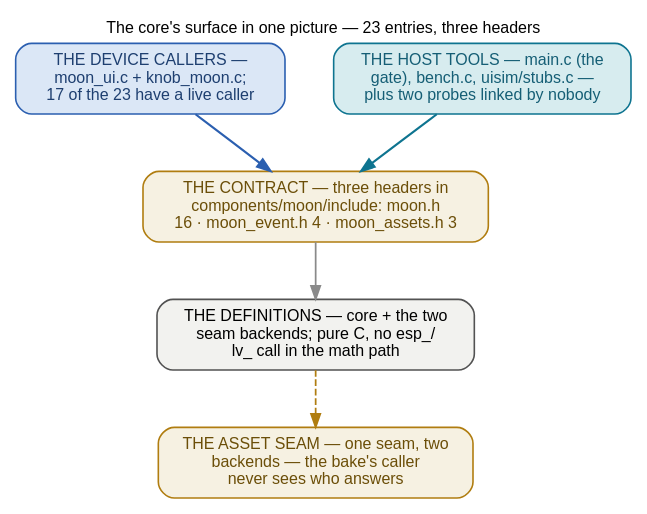
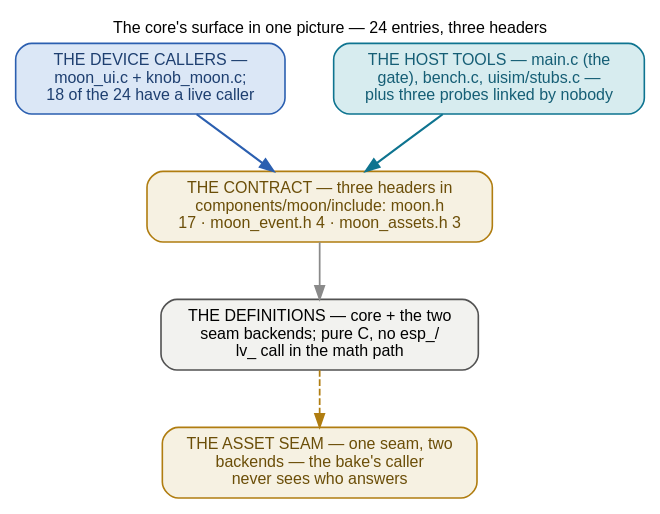
The diagram in docs/_graphs/api-surface.dot (ukos-git/moon-clock-esp), drawn with Graphviz before and after one commit. The commit also changed 50 other files, not shown here.

```diff
--- a/docs/_graphs/api-surface.dot
+++ b/docs/_graphs/api-surface.dot
@@ -1,44 +1,44 @@
 // The core's public surface in one picture — the black-box pass: the
 // three headers, the definitions behind them, and the two caller
 // families, sealed; every quote and line number lives in the detail
 // sketches and the page caption. Every edge was verified in code
 // before drawing (comment-stripped greps — the tfcache "gray565" hit
 // is a COMMENT at components/ui/moon_tfcache.c:18, not a call):
 //   api-surface-headers.dot  the contract census — headers to entries,
 //     with the dashed islands nobody outside the core ever calls
 //   api-surface-device.dot   moon_ui.c and knob_moon.c, blue call edges
 //   api-surface-host.dot     the host tools, teal call edges
 // The bake's per-pixel model is moon-core-flow.dot; the dark-side
 // branch is dark-side.dot; the gray->RGB565 dictionary and the
 // rotation's last-mile internals are rotate-lut.dot; the compile
 // multiplicity of every TU drawn here is the sharing ladder
 // (verification/performance.rst).
 // FONTS: 12 pt = the page's 16 px body text at 1:1 — kept inside the
 // content column.
 // Rendered inline as SVG by sphinx.ext.graphviz (dot on PATH).
 digraph api_surface {
     rankdir=TB;
-    label="The core's surface in one picture — 23 entries, three headers";
+    label="The core's surface in one picture — 24 entries, three headers";
     labelloc="t"; labeljust="c";
     fontname="Helvetica"; fontsize=12;
     graph [nodesep=0.5, ranksep=0.6];
     node [fontname="Helvetica", fontsize=12, shape=box, style="rounded,filled",
           width=0, height=0, margin="0.16,0.10", fillcolor="#f2f2ef",
           color="#525252", penwidth=1.2];
     edge [fontname="Helvetica", fontsize=12, color="#8a8a8a", penwidth=1.3];
 
-    device [label="THE DEVICE CALLERS —\nmoon_ui.c + knob_moon.c;\n17 of the 23 have a live caller",
+    device [label="THE DEVICE CALLERS —\nmoon_ui.c + knob_moon.c;\n18 of the 24 have a live caller",
             fillcolor="#dbe7f6", color="#2b5fb0", fontcolor="#1e3f70"];
-    host [label="THE HOST TOOLS — main.c (the\ngate), bench.c, uisim/stubs.c —\nplus two probes linked by nobody",
+    host [label="THE HOST TOOLS — main.c (the\ngate), bench.c, uisim/stubs.c —\nplus three probes linked by nobody",
           fillcolor="#d7ecef", color="#0e7490", fontcolor="#155e75"];
-    headers [label="THE CONTRACT — three headers in\ncomponents/moon/include: moon.h\n16 · moon_event.h 4 · moon_assets.h 3",
+    headers [label="THE CONTRACT — three headers in\ncomponents/moon/include: moon.h\n17 · moon_event.h 4 · moon_assets.h 3",
              fillcolor="#f6f1e2", color="#b07d10", fontcolor="#6b4e08"];
     core [label="THE DEFINITIONS — core + the two\nseam backends; pure C, no esp_/\nlv_ call in the math path"];
     seam [label="THE ASSET SEAM — one seam, two\nbackends — the bake's caller\nnever sees who answers",
           fillcolor="#f6f1e2", color="#b07d10", fontcolor="#6b4e08"];
 
     device -> headers [color="#2b5fb0", penwidth=1.6];
     host -> headers [color="#0e7490", penwidth=1.6];
     headers -> core;
     core -> seam [color="#b07d10", style=dashed];
 }
```
